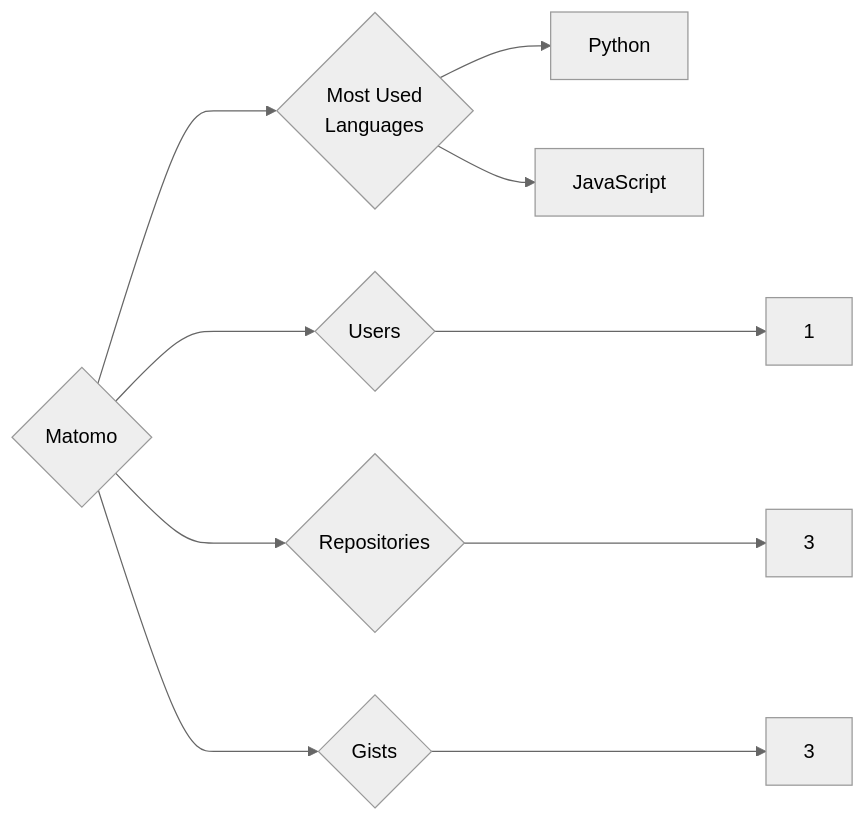
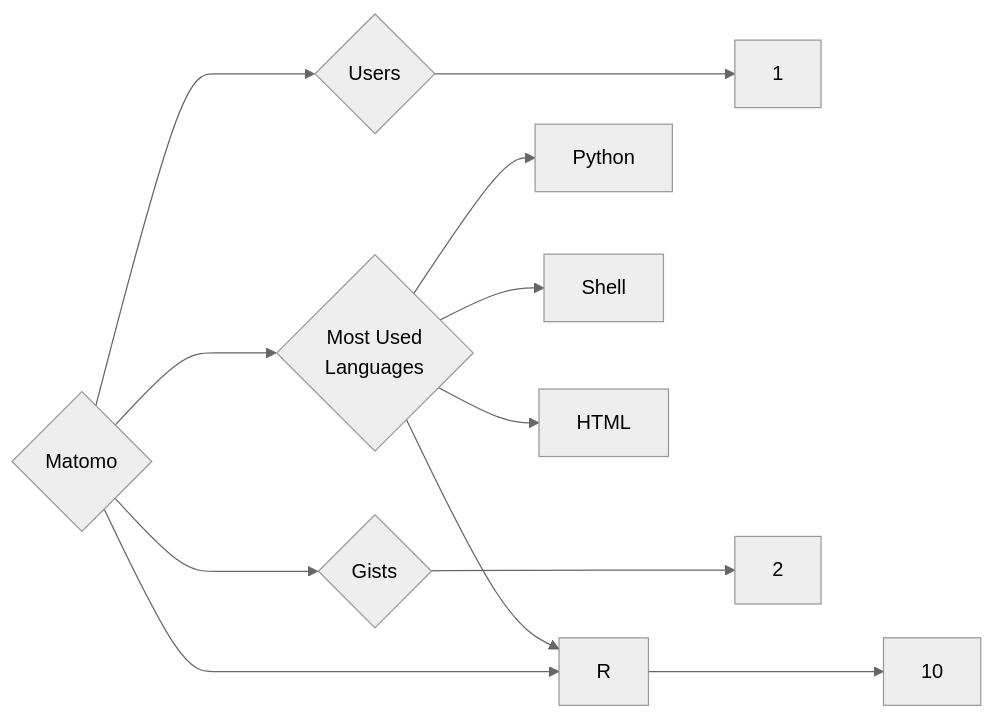
The diagram in targets/Matomo/README.md (trickest/insiders), drawn with Mermaid (neutral theme) before and after one commit. The commit also changed 877 other files, not shown here.

````diff
--- a/targets/Matomo/README.md
+++ b/targets/Matomo/README.md
@@ -3,10 +3,12 @@
 ```mermaid
 graph LR
 COMPANY_NAME{Matomo}
 COMPANY_NAME ---> U{Users} ---> UN[1]
-COMPANY_NAME ---> R{Repositories} ---> RN[3]
-COMPANY_NAME ---> G{Gists} ---> GN[3]
+COMPANY_NAME ---> R{Repositories} ---> RN[10]
+COMPANY_NAME ---> G{Gists} ---> GN[2]
 COMPANY_NAME ---> ML{Most Used<br>Languages}
 ML --> Python[Python]
-ML --> JavaScript[JavaScript]
+ML --> Shell[Shell]
+ML --> R[R]
+ML --> HTML[HTML]
 ```
````
